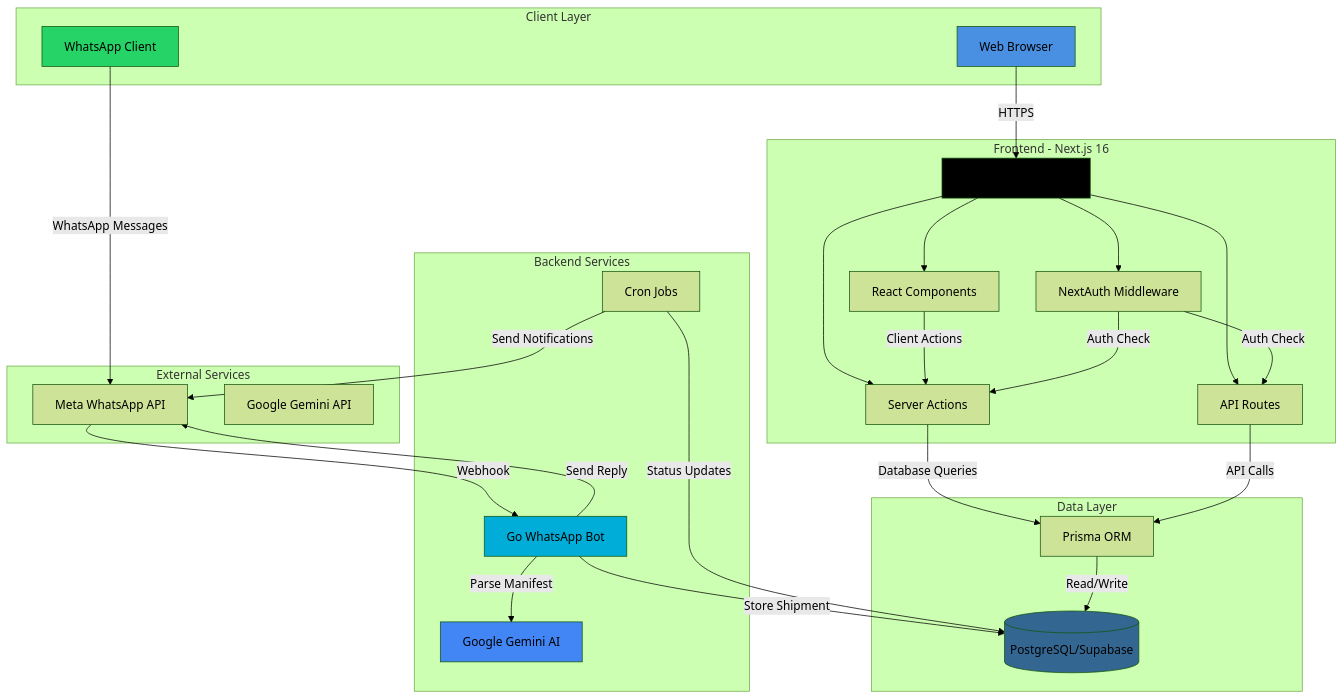
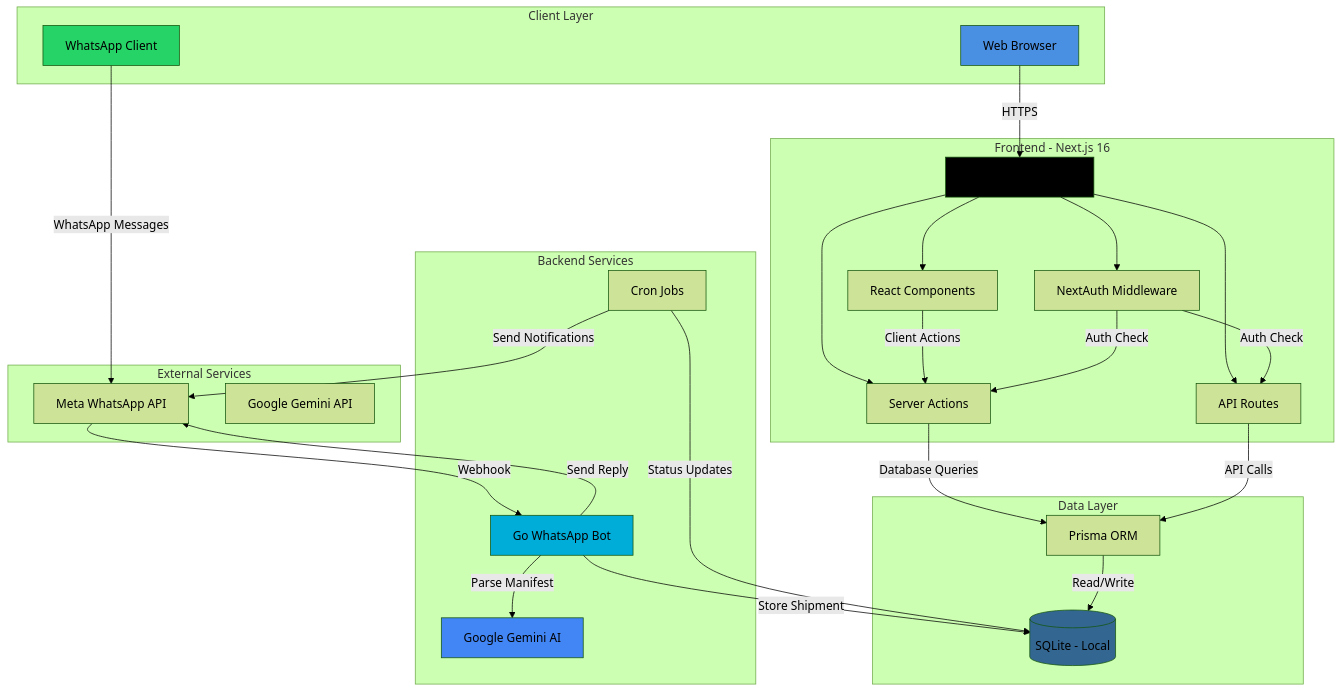
Before and after one commit to NexGenCodes/webTracker: the diagram in README.md, drawn with Mermaid (forest theme). The commit also changed other lines of this file and 48 other files, not shown here.

````diff
--- a/README.md
+++ b/README.md
@@ -37,64 +37,64 @@
 ```mermaid
 graph TB
     subgraph "Client Layer"
         A[Web Browser]
         B[WhatsApp Client]
     end
 
     subgraph "Frontend - Next.js 16"
         C[Next.js App Router]
         D[React Components]
         E[Server Actions]
         F[API Routes]
         G[NextAuth Middleware]
     end
 
     subgraph "Backend Services"
         H[Go WhatsApp Bot]
         I[Cron Jobs]
         J[Google Gemini AI]
     end
 
     subgraph "Data Layer"
-        K[(PostgreSQL/Supabase)]
+        K[(SQLite - Local)]
         L[Prisma ORM]
     end
 
     subgraph "External Services"
         M[Meta WhatsApp API]
         N[Google Gemini API]
         N[Google Gemini API]
     end
 
     A -->|HTTPS| C
     B -->|WhatsApp Messages| M
     M -->|Webhook| H
     
     C --> D
     C --> E
     C --> F
     C --> G
     
     D -->|Client Actions| E
     E -->|Database Queries| L
     F -->|API Calls| L
     
     H -->|Parse Manifest| J
     H -->|Store Shipment| K
     H -->|Send Reply| M
     
     I -->|Status Updates| K
     I -->|Send Notifications| M
     
     L -->|Read/Write| K
     
     G -->|Auth Check| E
     G -->|Auth Check| F
 
     style A fill:#4A90E2
     style B fill:#25D366
     style C fill:#000000
     style H fill:#00ADD8
     style K fill:#336791
     style J fill:#4285F4
 ```
````
